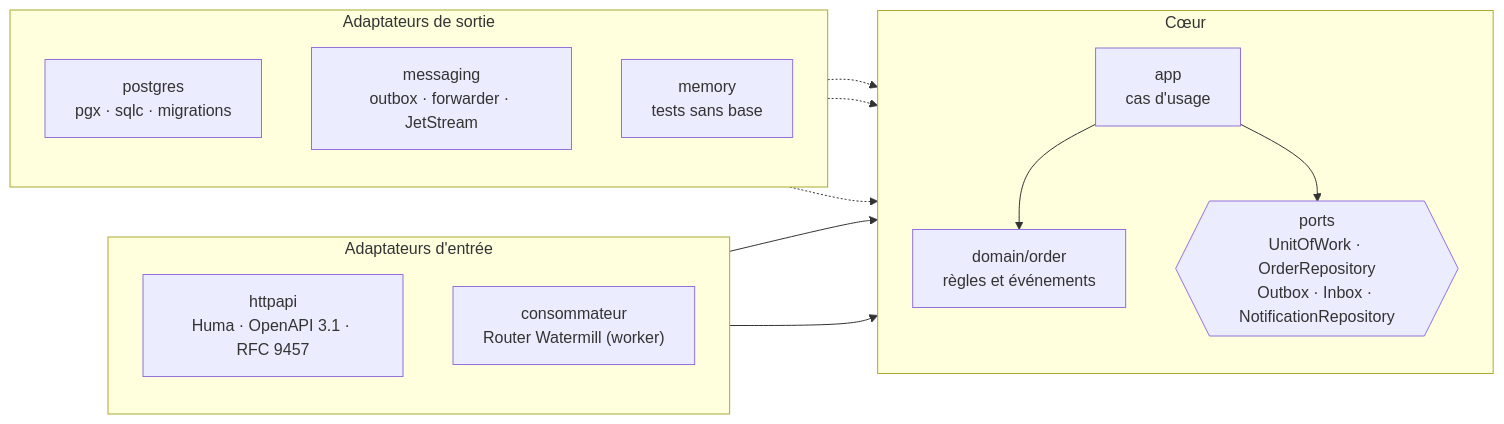
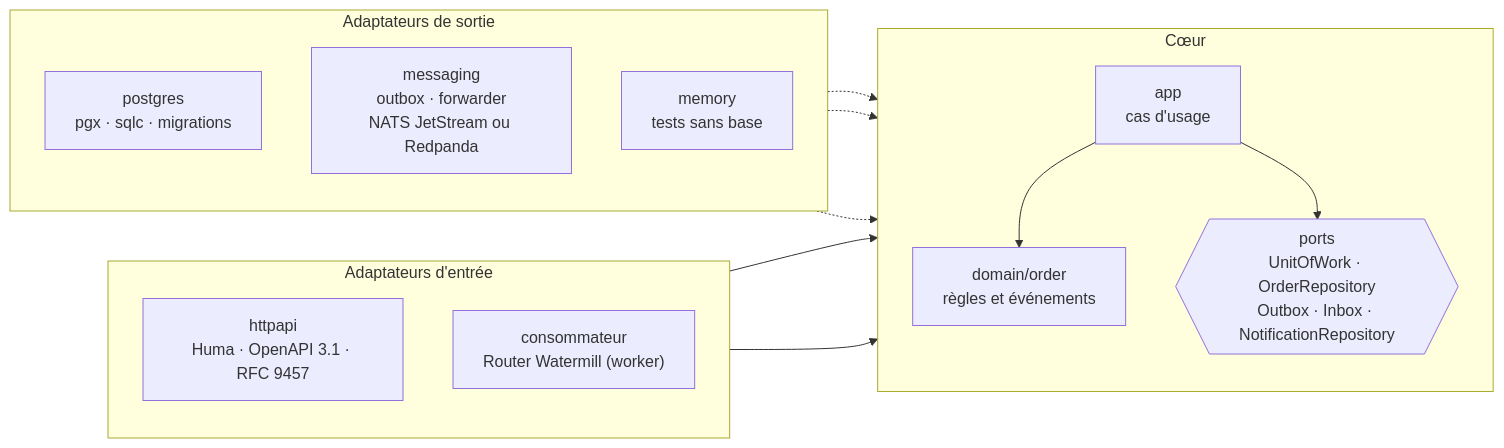
One commit to laurentpoirierfr/go-api-skeleton changed the first of 2 diagrams in assets/01-architecture.md. Above: the diagram before and after it, drawn with Mermaid. The commit also changed 22 other files, not shown here.

First line of the commit message:
Messagerie au choix : NATS JetStream ou Redpanda, et fichiers .env d'exemple

````diff
--- a/assets/01-architecture.md
+++ b/assets/01-architecture.md
@@ -7,30 +7,30 @@
 ```mermaid
 flowchart LR
     subgraph entrees["Adaptateurs d'entrée"]
         direction TB
         http["httpapi<br/>Huma · OpenAPI 3.1 · RFC 9457"]
         consumer["consommateur<br/>Router Watermill (worker)"]
     end
 
     subgraph coeur["Cœur"]
         direction TB
         app["app<br/>cas d'usage"]
         domain["domain/order<br/>règles et événements"]
         ports{{"ports<br/>UnitOfWork · OrderRepository<br/>Outbox · Inbox · NotificationRepository"}}
         app --> domain
         app --> ports
     end
 
     subgraph sorties["Adaptateurs de sortie"]
         direction TB
         pg["postgres<br/>pgx · sqlc · migrations"]
-        msg["messaging<br/>outbox · forwarder · JetStream"]
+        msg["messaging<br/>outbox · forwarder<br/>NATS JetStream ou Redpanda"]
         mem["memory<br/>tests sans base"]
     end
 
     http --> app
     consumer --> app
     pg -.-> ports
     msg -.-> ports
     mem -.-> ports
 ```
````
